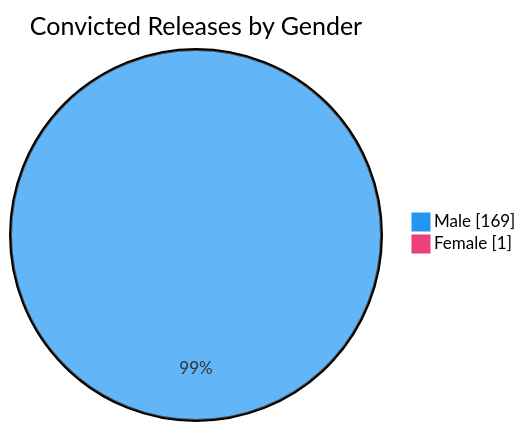
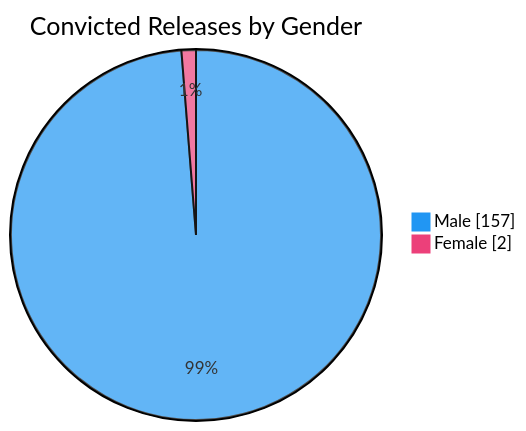
The sixth of 7 diagrams in README.md (nuuuwan/lk_prisons), drawn with Mermaid before and after one commit. The commit also changed other lines of this file and 1 other file, not shown here.

````diff
--- a/README.md
+++ b/README.md
@@ -98,6 +98,6 @@
 ```mermaid
 %%{init: {'themeVariables': {'pie1': '#2196F3', 'pie2': '#EC407A'}}}%%
 pie showData title Convicted Releases by Gender
-    "Male" : 169
-    "Female" : 1
+    "Male" : 157
+    "Female" : 2
 ```
````
